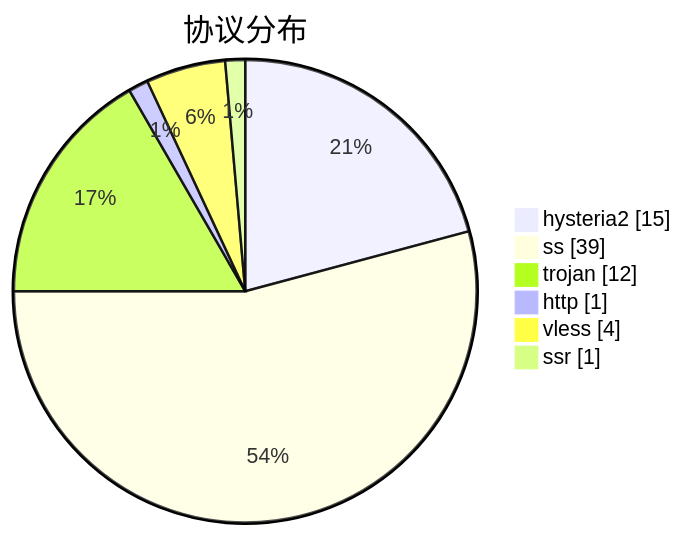
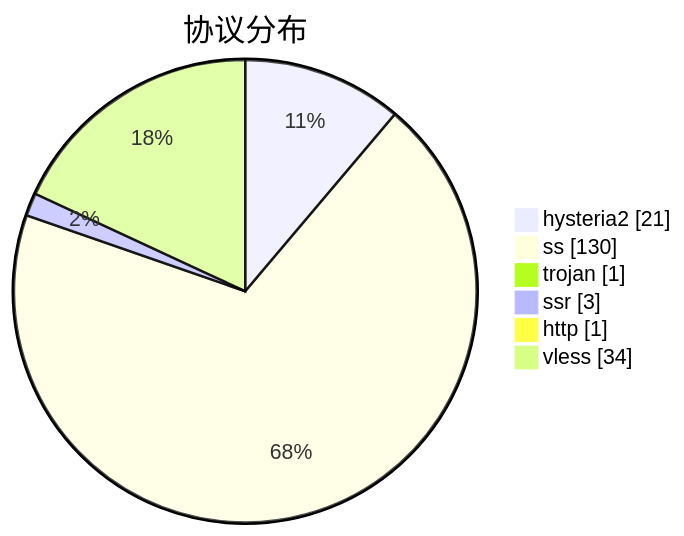
One commit to qjlxg/airport changed the third of 3 diagrams in subs/statistics/tested_within.md. Above: the diagram before and after it, drawn with Mermaid. The commit also changed other lines of this file and 2 other files, not shown here.

````diff
--- a/subs/statistics/tested_within.md
+++ b/subs/statistics/tested_within.md
@@ -28,10 +31,10 @@
 ```mermaid
 pie showData
 title 协议分布
-"hysteria2" : 15
-"ss" : 39
-"trojan" : 12
+"hysteria2" : 21
+"ss" : 130
+"trojan" : 1
+"ssr" : 3
 "http" : 1
-"vless" : 4
-"ssr" : 1
+"vless" : 34
 ```
````
